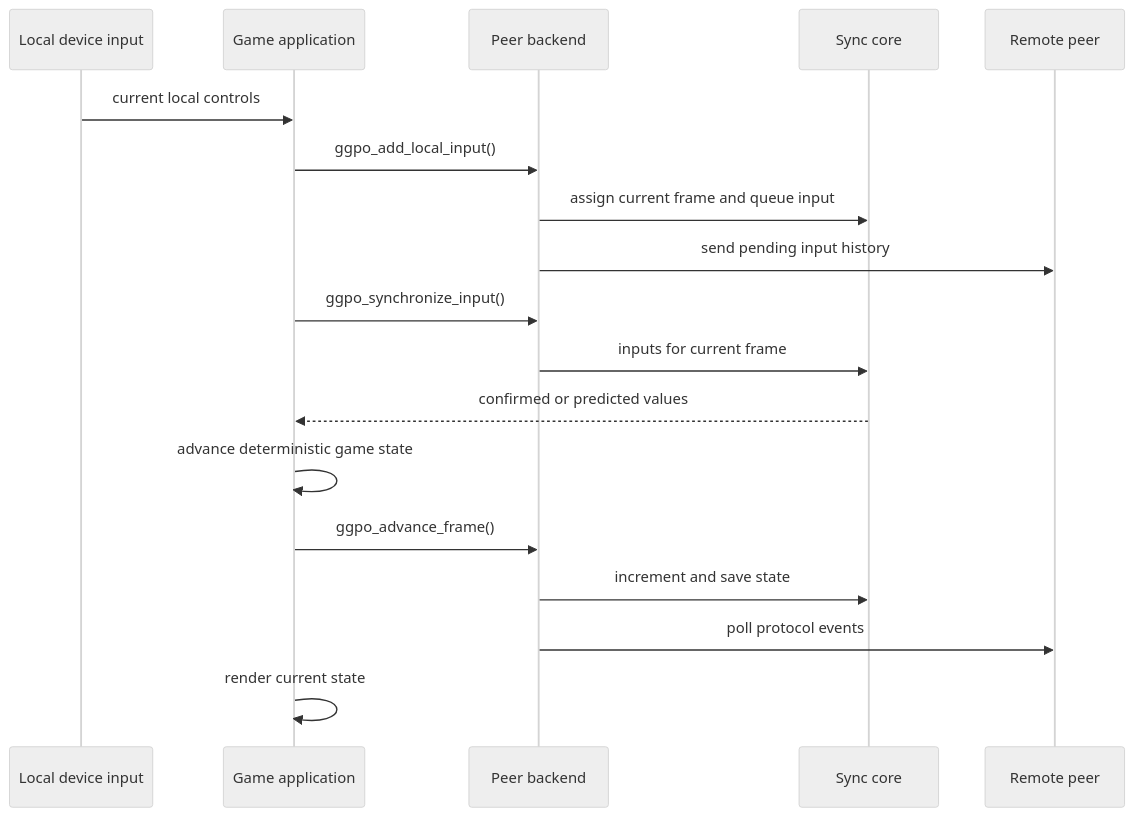
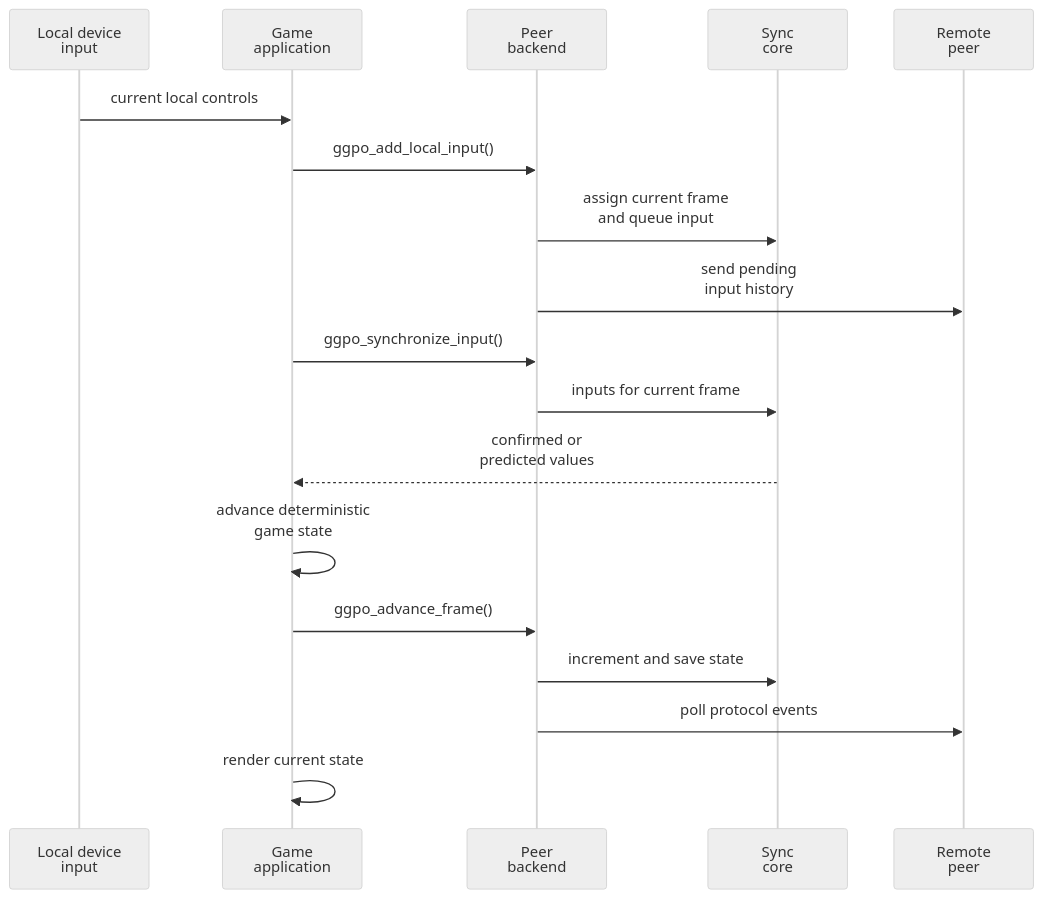
The second of 3 diagrams in doc/architecture/Runtime.md (irregularthanis/ggpo-next), drawn with Mermaid (neutral theme) before and after one commit. The commit also changed other lines of this file and 9 other files, not shown here.

Commit message:
docs: wrap Mermaid diagram labels

````diff
--- a/doc/architecture/Runtime.md
+++ b/doc/architecture/Runtime.md
@@ -64,21 +64,21 @@
 ```mermaid
 sequenceDiagram
-    participant Input as Local device input
-    participant App as Game application
-    participant P2P as Peer backend
-    participant Sync as Sync core
-    participant Peer as Remote peer
+    participant Input as Local device<br/>input
+    participant App as Game<br/>application
+    participant P2P as Peer<br/>backend
+    participant Sync as Sync<br/>core
+    participant Peer as Remote<br/>peer
 
     Input->>App: current local controls
     App->>P2P: ggpo_add_local_input()
-    P2P->>Sync: assign current frame and queue input
-    P2P->>Peer: send pending input history
+    P2P->>Sync: assign current frame<br/>and queue input
+    P2P->>Peer: send pending<br/>input history
     App->>P2P: ggpo_synchronize_input()
     P2P->>Sync: inputs for current frame
-    Sync-->>App: confirmed or predicted values
-    App->>App: advance deterministic game state
+    Sync-->>App: confirmed or<br/>predicted values
+    App->>App: advance deterministic<br/>game state
     App->>P2P: ggpo_advance_frame()
     P2P->>Sync: increment and save state
     P2P->>Peer: poll protocol events
     App->>App: render current state
 ```
````
